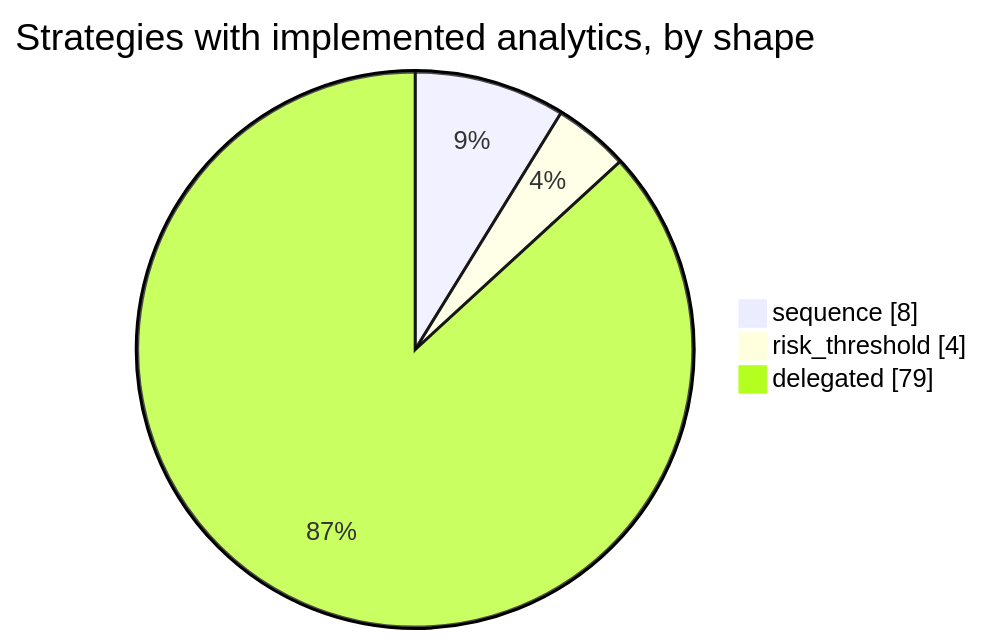
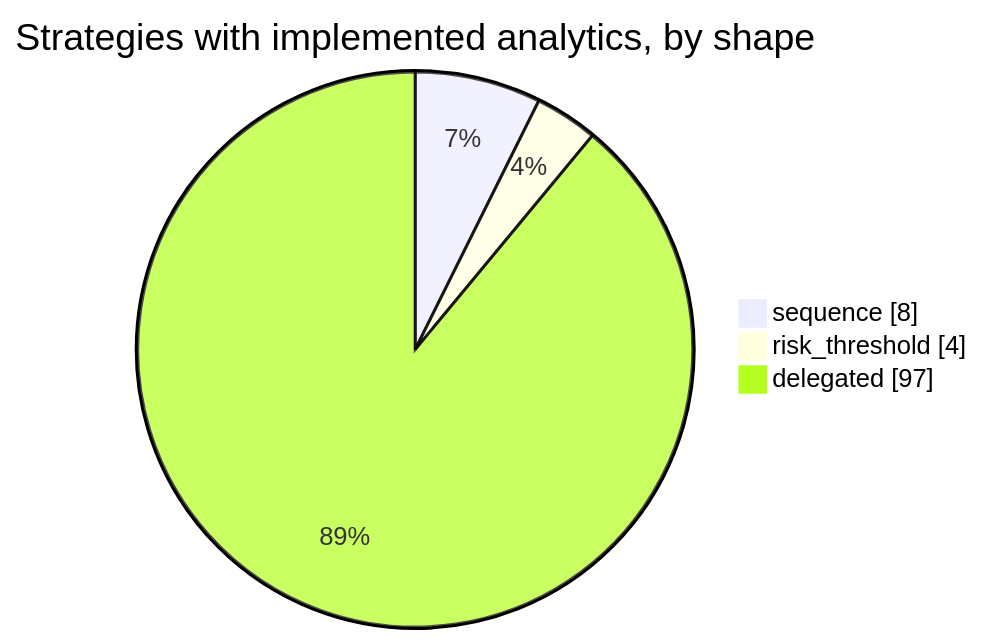
Before and after one commit to dev-nobytes-io/mitre-defensive-mappings-spl: the second of 2 diagrams in docs/strategies/README.md, drawn with Mermaid. The commit also changed other lines of this file and 71 other files, not shown here.

````diff
--- a/docs/strategies/README.md
+++ b/docs/strategies/README.md
@@ -19,7 +19,7 @@
 ```mermaid
 pie showData
     title Strategies with implemented analytics, by shape
     "sequence" : 8
     "risk_threshold" : 4
-    "delegated" : 79
+    "delegated" : 97
 ```
````
